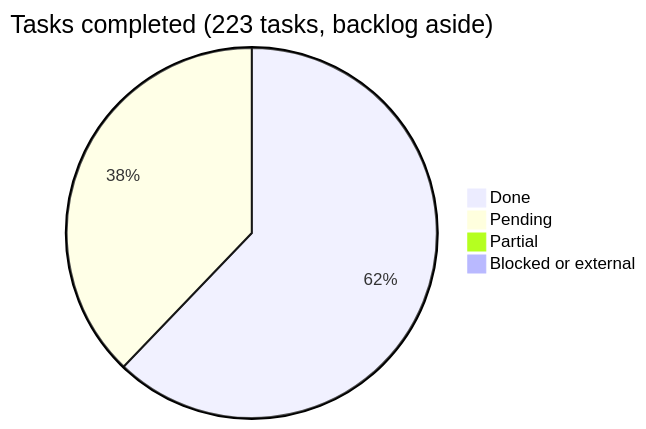
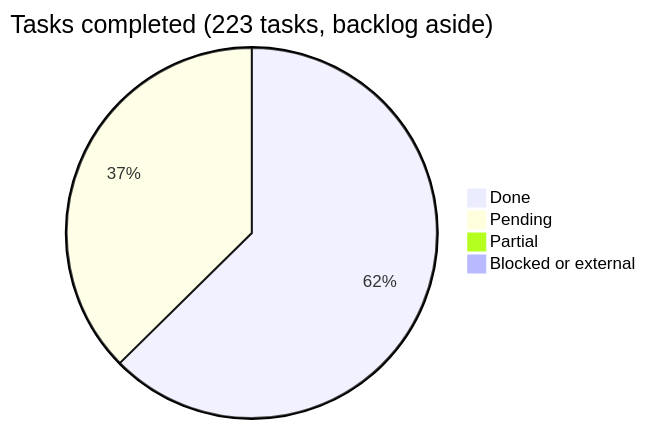
One commit to araguaney-lat/araguaney-app changed the diagram in docs/roadmap/README.md. Above: the diagram before and after it, drawn with Mermaid. The commit also changed other lines of this file and 8 other files, not shown here.

````diff
--- a/docs/roadmap/README.md
+++ b/docs/roadmap/README.md
@@ -38,7 +38,7 @@
 ```mermaid
 pie title Tasks completed (223 tasks, backlog aside)
-    "Done" : 138
-    "Pending" : 84
+    "Done" : 139
+    "Pending" : 83
     "Partial" : 1
     "Blocked or external" : 0
 ```
````
